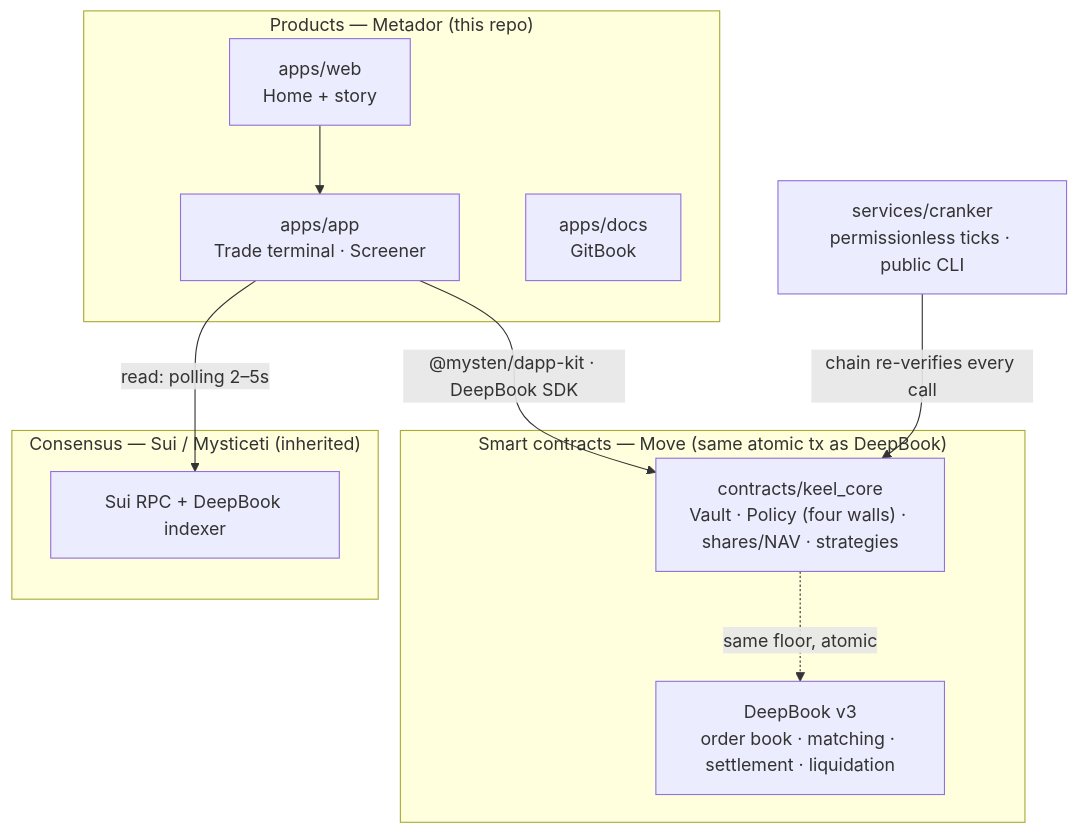
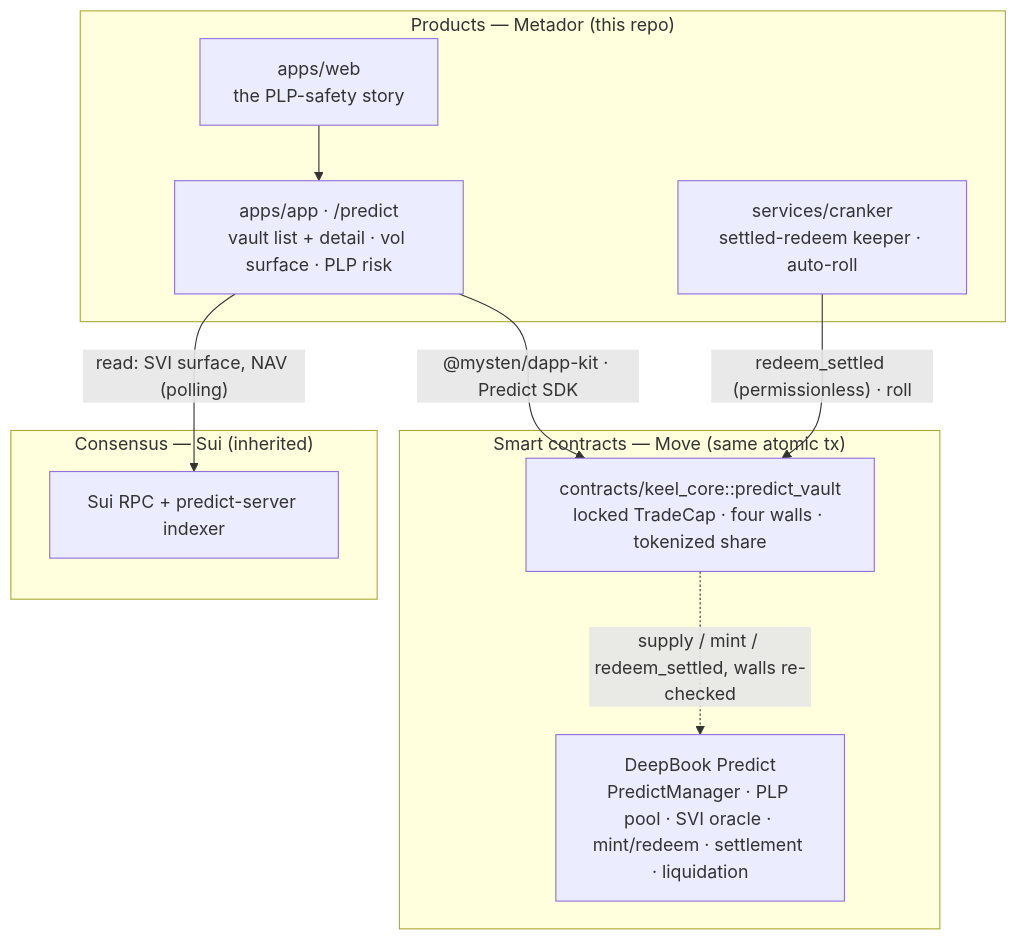
One commit to Sushant6095/metador-core changed the diagram in README.md. Above: the diagram before and after it, drawn with Mermaid. The commit also changed other lines of this file and 25 other files, not shown here.

````diff
--- a/README.md
+++ b/README.md
@@ -93,21 +103,21 @@
 ```mermaid
 flowchart TD
     subgraph Products["Products — Metador (this repo)"]
-        WEB["apps/web<br/>Home + story"]
-        APP["apps/app<br/>Trade terminal · Screener"]
-        DOCS["apps/docs<br/>GitBook"]
+        APP["apps/app · /predict<br/>vault list + detail · vol surface · PLP risk"]
+        WEB["apps/web<br/>the PLP-safety story"]
+        KEEP["services/cranker<br/>settled-redeem keeper · auto-roll"]
     end
-    subgraph Contracts["Smart contracts — Move (same atomic tx as DeepBook)"]
-        KEEL["contracts/keel_core<br/>Vault · Policy (four walls) · shares/NAV · strategies"]
-        DB["DeepBook v3<br/>order book · matching · settlement · liquidation"]
+    subgraph Contracts["Smart contracts — Move (same atomic tx)"]
+        VAULT["contracts/keel_core::predict_vault<br/>locked TradeCap · four walls · tokenized share"]
+        PREDICT["DeepBook Predict<br/>PredictManager · PLP pool · SVI oracle · mint/redeem · settlement · liquidation"]
     end
-    subgraph Consensus["Consensus — Sui / Mysticeti (inherited)"]
-        SUI["Sui RPC + DeepBook indexer"]
+    subgraph Consensus["Consensus — Sui (inherited)"]
+        IDX["Sui RPC + predict-server indexer"]
     end
 
-    APP -->|"@mysten/dapp-kit · DeepBook SDK"| KEEL
-    APP -->|read: polling 2–5s| SUI
-    KEEL -.->|same floor, atomic| DB
+    APP -->|"@mysten/dapp-kit · Predict SDK"| VAULT
+    APP -->|"read: SVI surface, NAV (polling)"| IDX
+    VAULT -.->|"supply / mint / redeem_settled, walls re-checked"| PREDICT
+    KEEP -->|"redeem_settled (permissionless) · roll"| VAULT
     WEB --> APP
-    SVC["services/cranker<br/>permissionless ticks · public CLI"] -->|chain re-verifies every call| KEEL
 ```
````
